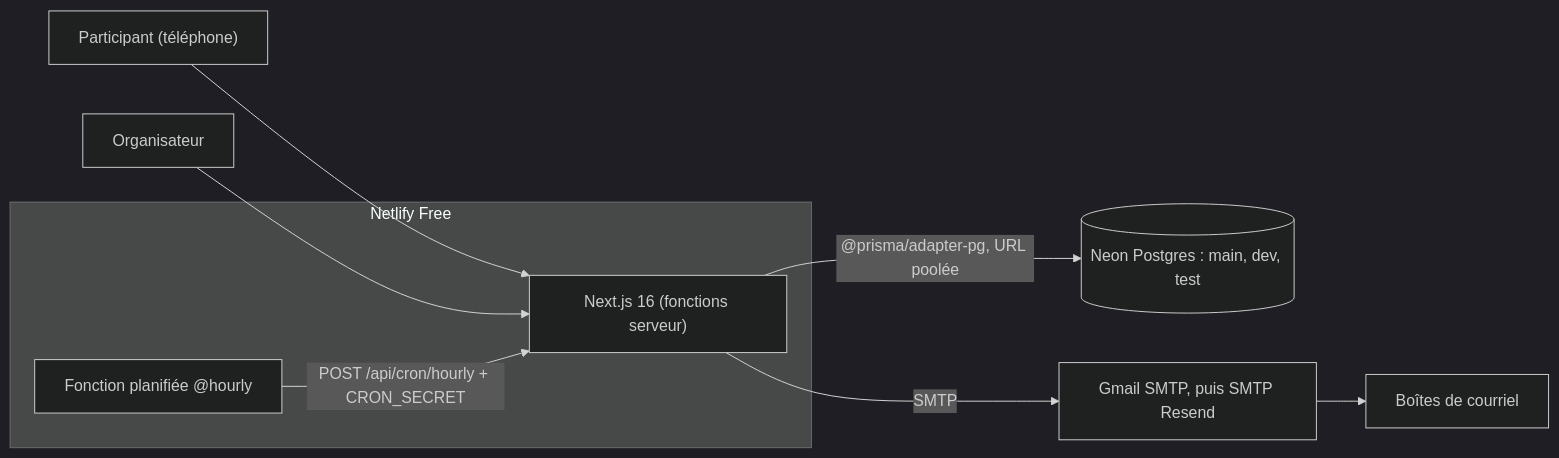
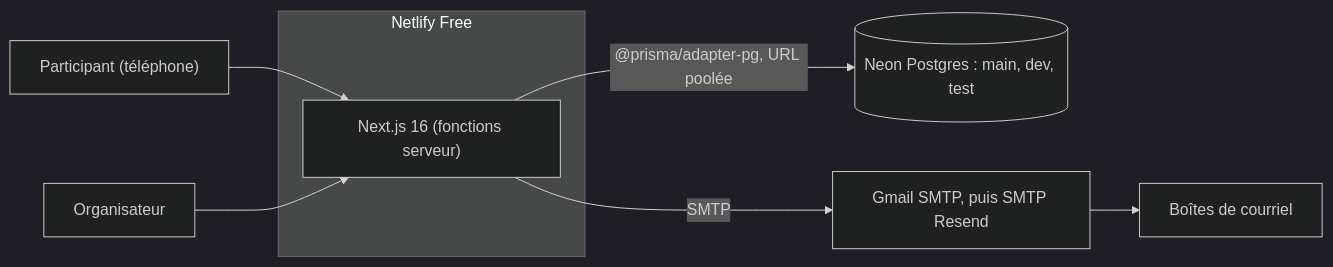
The second of 3 diagrams in _bmad-output/initiative-reservation-diner-noel/architecture-reservation-diner-noel/architecture-reservation-diner-noel.md (kevintiam/diner-noel), drawn with Mermaid (dark theme) before and after one commit. The commit also changed other lines of this file and 44 other files, not shown here.

````diff
--- a/_bmad-output/initiative-reservation-diner-noel/architecture-reservation-diner-noel/architecture-reservation-diner-noel.md
+++ b/_bmad-output/initiative-reservation-diner-noel/architecture-reservation-diner-noel/architecture-reservation-diner-noel.md
@@ -287,13 +275,11 @@
 ```mermaid
 flowchart LR
   visitor["Participant (téléphone)"] --> app
   organizer["Organisateur"] --> app
   subgraph netlify["Netlify Free"]
     app["Next.js 16 (fonctions serveur)"]
-    cron["Fonction planifiée @hourly"]
   end
-  cron -->|"POST /api/cron/hourly + CRON_SECRET"| app
   app -->|"@prisma/adapter-pg, URL poolée"| neon[("Neon Postgres : main, dev, test")]
   app -->|"SMTP"| smtp["Gmail SMTP, puis SMTP Resend"]
   smtp --> inbox["Boîtes de courriel"]
 ```
````
